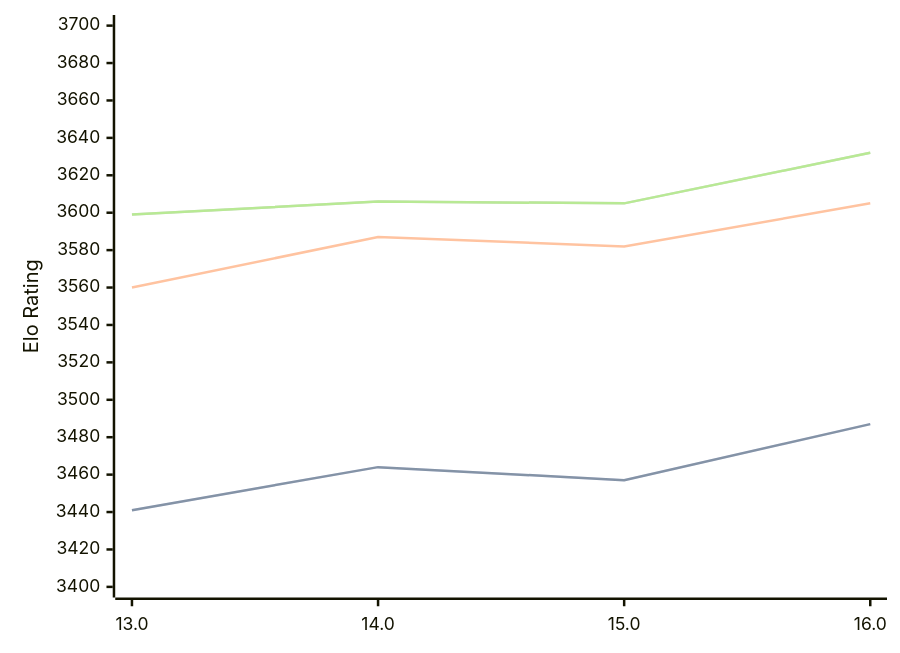
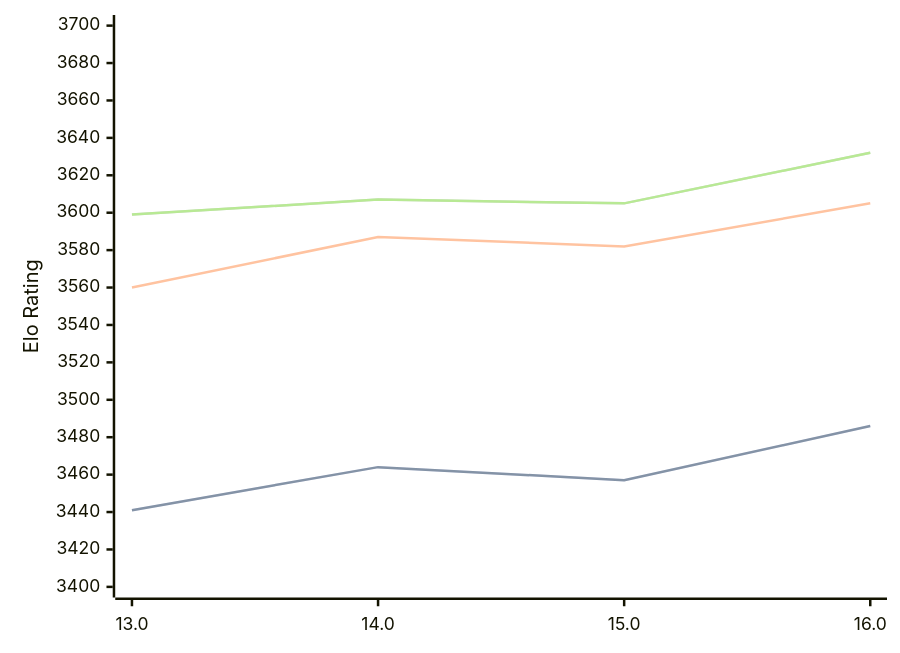
The diagram in engines/Obsidian.md (computer-chess-index/cci), drawn with Mermaid before and after one commit. The commit also changed other lines of this file, not shown here.

Commit message:
Update CCI Ratings (ELO VLTC) - 2026-05-15

````diff
--- a/engines/Obsidian.md
+++ b/engines/Obsidian.md
@@ -43,11 +43,11 @@
 ```mermaid
 %%{init: {"theme":"base","themeVariables":{"seriesColors:['#a3a3a3','#222221','#faa371']}}}%%
 xychart-beta
   x-axis ["13.0", "14.0", "15.0", "16.0"]
   y-axis "Elo Rating" 3400 --> 3700
-  line "STC (8.0+0.08s)" [3441, 3464, 3457, 3487]
-  line "STC (8.0+0.08s)" [3441, 3464, 3457, 3487]
+  line "STC (8.0+0.08s)" [3441, 3464, 3457, 3486]
+  line "STC (8.0+0.08s)" [3441, 3464, 3457, 3486]
   line "LTC (60.0+0.60s)" [3560, 3587, 3582, 3605]
-  line "VLTC (2m24s+1.12s)" [3599, 3606, 3605, 3632]
-  line "VLTC (2m24s+1.12s)" [3599, 3606, 3605, 3632]
+  line "VLTC (2m24s+1.12s)" [3599, 3607, 3605, 3632]
+  line "VLTC (2m24s+1.12s)" [3599, 3607, 3605, 3632]
 ```
````
